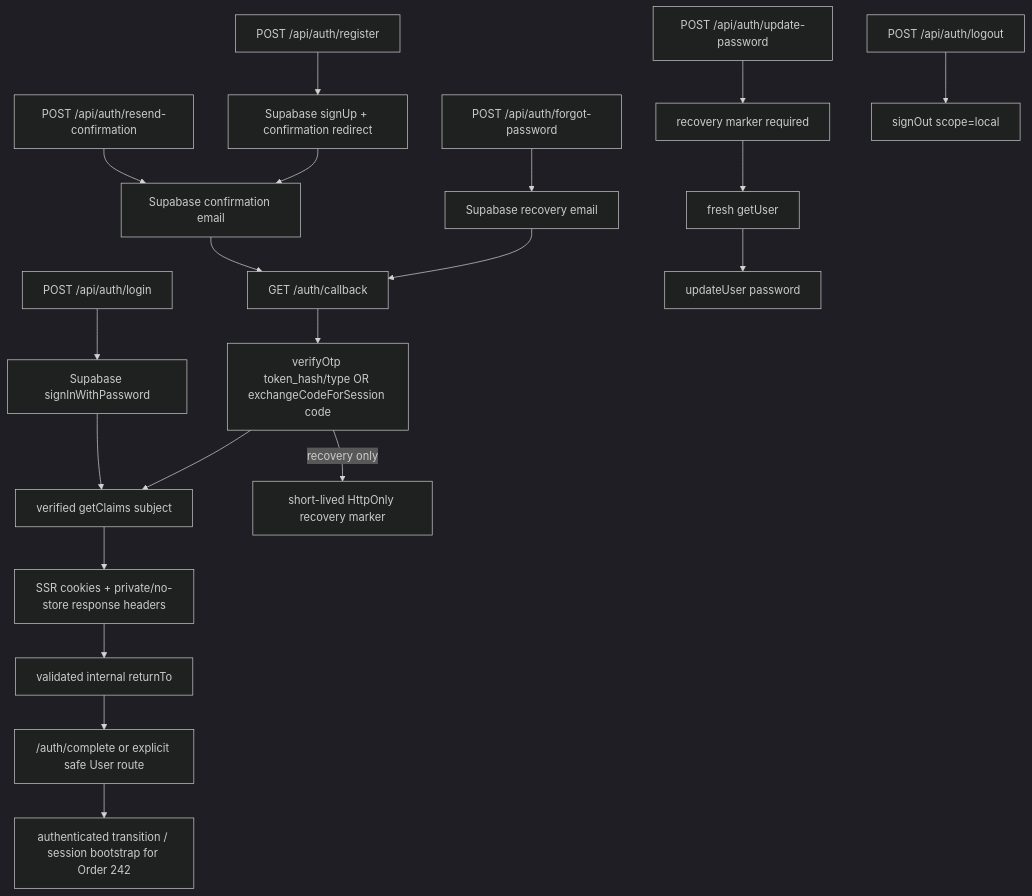
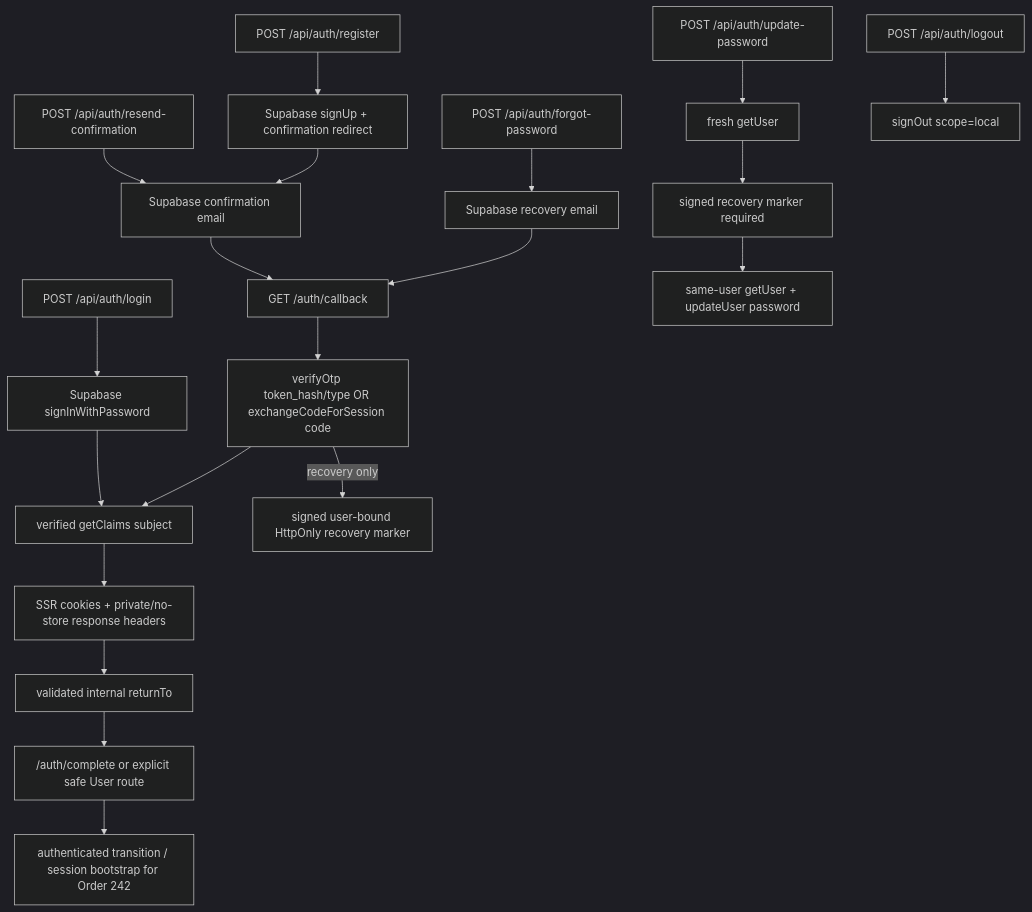
Before and after one commit to keianduu/muuzee: the diagram in docs/auth-login-policy.md, drawn with Mermaid (dark theme). The commit also changed other lines of this file and 12 other files, not shown here.

Commit message:
fix: sign password recovery marker

````diff
--- a/docs/auth-login-policy.md
+++ b/docs/auth-login-policy.md
@@ -44,22 +44,22 @@
 ```mermaid
 flowchart TD
   Login["POST /api/auth/login"] --> Password["Supabase signInWithPassword"]
   Register["POST /api/auth/register"] --> Signup["Supabase signUp + confirmation redirect"]
   Resend["POST /api/auth/resend-confirmation"] --> Mail["Supabase confirmation email"]
   Signup --> Mail
   Mail --> Callback["GET /auth/callback"]
   Forgot["POST /api/auth/forgot-password"] --> ResetMail["Supabase recovery email"]
   ResetMail --> Callback
   Callback --> Verify["verifyOtp token_hash/type OR exchangeCodeForSession code"]
   Password --> Verified["verified getClaims subject"]
   Verify --> Verified
   Verified --> Cookie["SSR cookies + private/no-store response headers"]
   Cookie --> Return["validated internal returnTo"]
   Return --> Complete["/auth/complete or explicit safe User route"]
   Complete --> Handoff["authenticated transition / session bootstrap for Order 242"]
-  Verify -->|recovery only| Marker["short-lived HttpOnly recovery marker"]
-  Update["POST /api/auth/update-password"] --> MarkerCheck["recovery marker required"]
-  MarkerCheck --> Fresh["fresh getUser"]
-  Fresh --> Change["updateUser password"]
+  Verify -->|recovery only| Marker["signed user-bound HttpOnly recovery marker"]
+  Update["POST /api/auth/update-password"] --> Fresh["fresh getUser"]
+  Fresh --> MarkerCheck["signed recovery marker required"]
+  MarkerCheck --> Change["same-user getUser + updateUser password"]
   Logout["POST /api/auth/logout"] --> LocalSignout["signOut scope=local"]
 ```
````
